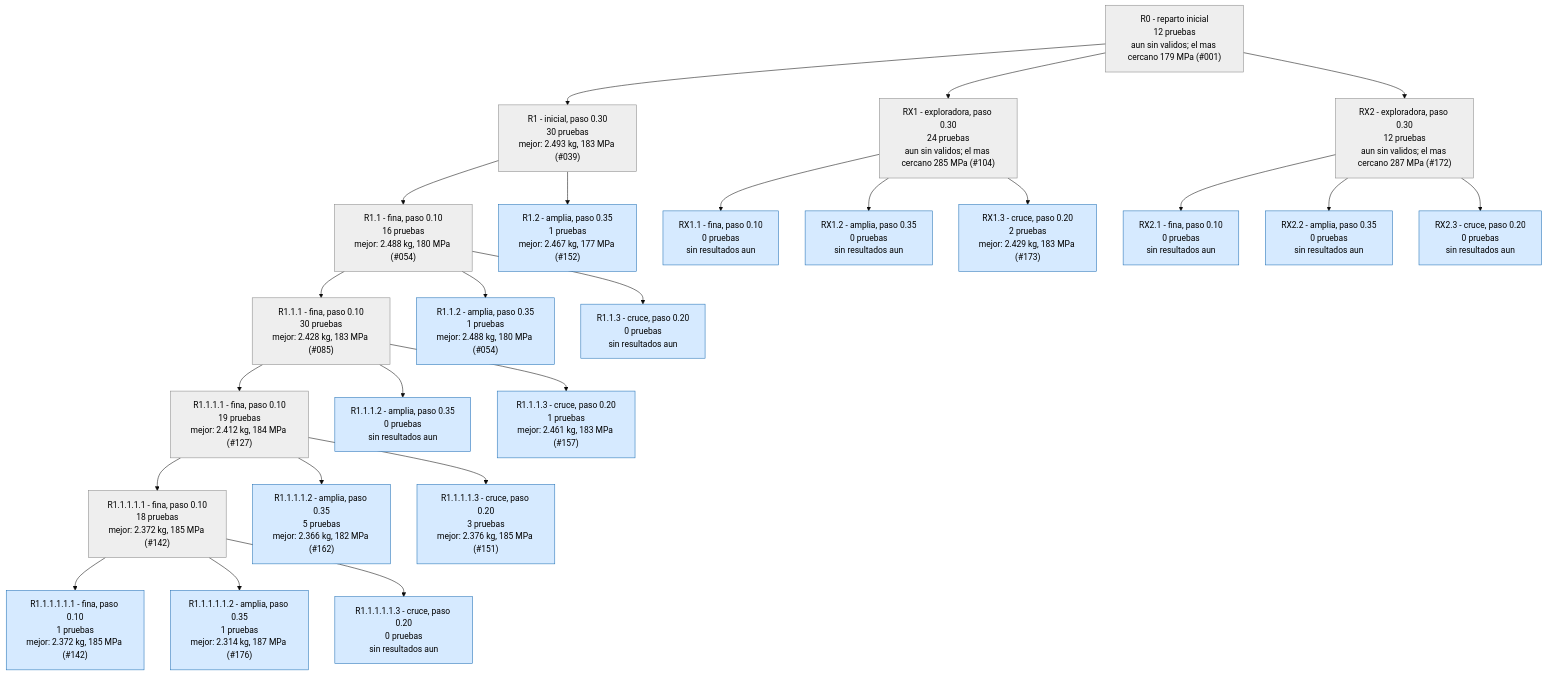
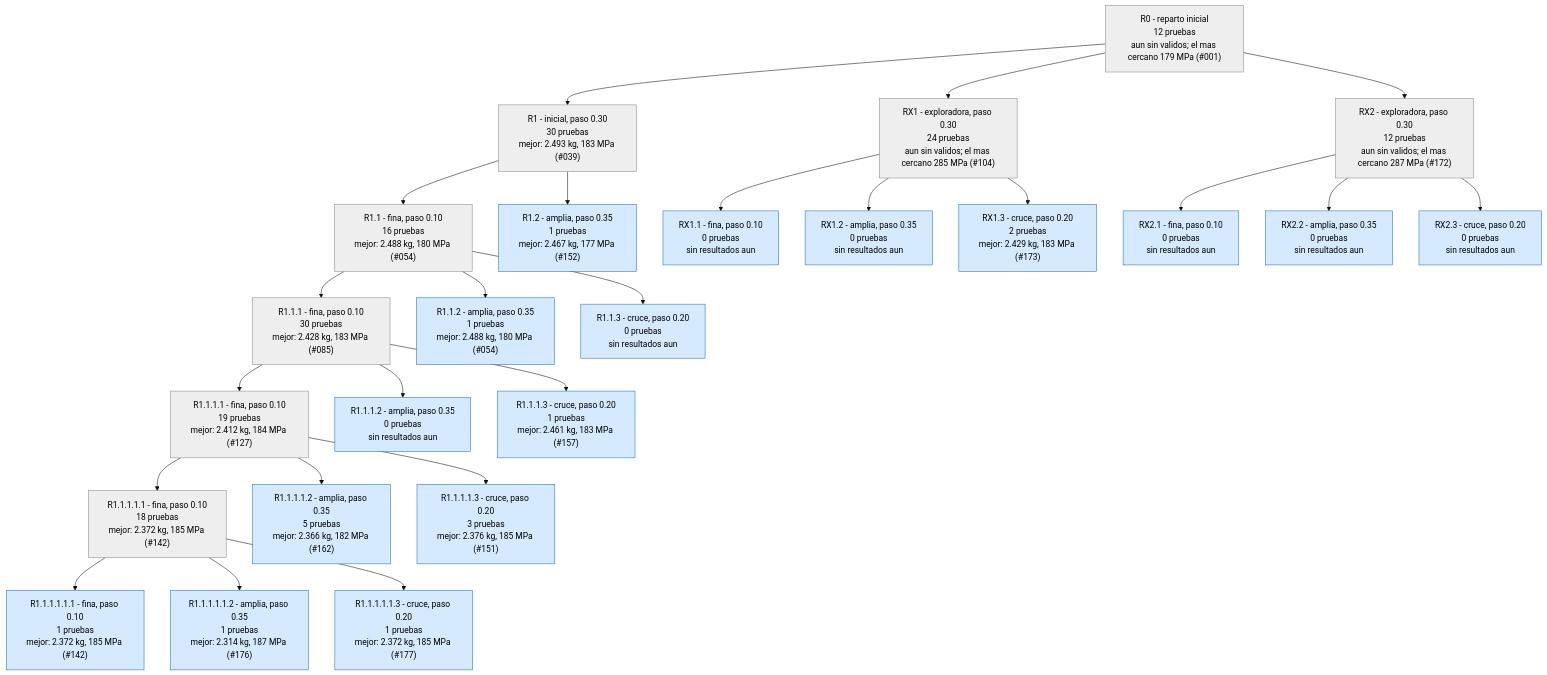
One commit to Hugiko/msd-soporte-optimizacion changed the second of 4 diagrams in runs/opt_37800N/ARBOL.md. Above: the diagram before and after it, drawn with Mermaid (base theme). The commit also changed 16 other files, not shown here.

````diff
--- a/runs/opt_37800N/ARBOL.md
+++ b/runs/opt_37800N/ARBOL.md
@@ -29,53 +29,53 @@
 ```mermaid
 graph TD
 classDef activa fill:#d6eaff,stroke:#1f6fb5,color:#000
 classDef fin fill:#eeeeee,stroke:#888,color:#000
 classDef mejor fill:#c8f0c0,stroke:#1a9850,stroke-width:4px,color:#000
 R0["R0 - reparto inicial<br/>12 pruebas<br/>aun sin validos; el mas cercano 179 MPa (#001)"]:::fin
 R1["R1 - inicial, paso 0.30<br/>30 pruebas<br/>mejor: 2.493 kg, 183 MPa (#039)"]:::fin
 R0 --> R1
 R1_1["R1.1 - fina, paso 0.10<br/>16 pruebas<br/>mejor: 2.488 kg, 180 MPa (#054)"]:::fin
 R1 --> R1_1
 R1_2["R1.2 - amplia, paso 0.35<br/>1 pruebas<br/>mejor: 2.467 kg, 177 MPa (#152)"]:::activa
 R1 --> R1_2
 R1_1_1["R1.1.1 - fina, paso 0.10<br/>30 pruebas<br/>mejor: 2.428 kg, 183 MPa (#085)"]:::fin
 R1_1 --> R1_1_1
 R1_1_2["R1.1.2 - amplia, paso 0.35<br/>1 pruebas<br/>mejor: 2.488 kg, 180 MPa (#054)"]:::activa
 R1_1 --> R1_1_2
 R1_1_3["R1.1.3 - cruce, paso 0.20<br/>0 pruebas<br/>sin resultados aun"]:::activa
 R1_1 --> R1_1_3
 R1_1_1_1["R1.1.1.1 - fina, paso 0.10<br/>19 pruebas<br/>mejor: 2.412 kg, 184 MPa (#127)"]:::fin
 R1_1_1 --> R1_1_1_1
 R1_1_1_2["R1.1.1.2 - amplia, paso 0.35<br/>0 pruebas<br/>sin resultados aun"]:::activa
 R1_1_1 --> R1_1_1_2
 R1_1_1_3["R1.1.1.3 - cruce, paso 0.20<br/>1 pruebas<br/>mejor: 2.461 kg, 183 MPa (#157)"]:::activa
 R1_1_1 --> R1_1_1_3
 RX1["RX1 - exploradora, paso 0.30<br/>24 pruebas<br/>aun sin validos; el mas cercano 285 MPa (#104)"]:::fin
 R0 --> RX1
 RX1_1["RX1.1 - fina, paso 0.10<br/>0 pruebas<br/>sin resultados aun"]:::activa
 RX1 --> RX1_1
 RX1_2["RX1.2 - amplia, paso 0.35<br/>0 pruebas<br/>sin resultados aun"]:::activa
 RX1 --> RX1_2
 RX1_3["RX1.3 - cruce, paso 0.20<br/>2 pruebas<br/>mejor: 2.429 kg, 183 MPa (#173)"]:::activa
 RX1 --> RX1_3
 R1_1_1_1_1["R1.1.1.1.1 - fina, paso 0.10<br/>18 pruebas<br/>mejor: 2.372 kg, 185 MPa (#142)"]:::fin
 R1_1_1_1 --> R1_1_1_1_1
 R1_1_1_1_2["R1.1.1.1.2 - amplia, paso 0.35<br/>5 pruebas<br/>mejor: 2.366 kg, 182 MPa (#162)"]:::activa
 R1_1_1_1 --> R1_1_1_1_2
 R1_1_1_1_3["R1.1.1.1.3 - cruce, paso 0.20<br/>3 pruebas<br/>mejor: 2.376 kg, 185 MPa (#151)"]:::activa
 R1_1_1_1 --> R1_1_1_1_3
 R1_1_1_1_1_1["R1.1.1.1.1.1 - fina, paso 0.10<br/>1 pruebas<br/>mejor: 2.372 kg, 185 MPa (#142)"]:::activa
 R1_1_1_1_1 --> R1_1_1_1_1_1
 R1_1_1_1_1_2["R1.1.1.1.1.2 - amplia, paso 0.35<br/>1 pruebas<br/>mejor: 2.314 kg, 187 MPa (#176)"]:::activa
 R1_1_1_1_1 --> R1_1_1_1_1_2
-R1_1_1_1_1_3["R1.1.1.1.1.3 - cruce, paso 0.20<br/>0 pruebas<br/>sin resultados aun"]:::activa
+R1_1_1_1_1_3["R1.1.1.1.1.3 - cruce, paso 0.20<br/>1 pruebas<br/>mejor: 2.372 kg, 185 MPa (#177)"]:::activa
 R1_1_1_1_1 --> R1_1_1_1_1_3
 RX2["RX2 - exploradora, paso 0.30<br/>12 pruebas<br/>aun sin validos; el mas cercano 287 MPa (#172)"]:::fin
 R0 --> RX2
 RX2_1["RX2.1 - fina, paso 0.10<br/>0 pruebas<br/>sin resultados aun"]:::activa
 RX2 --> RX2_1
 RX2_2["RX2.2 - amplia, paso 0.35<br/>0 pruebas<br/>sin resultados aun"]:::activa
 RX2 --> RX2_2
 RX2_3["RX2.3 - cruce, paso 0.20<br/>0 pruebas<br/>sin resultados aun"]:::activa
 RX2 --> RX2_3
 ```
````
